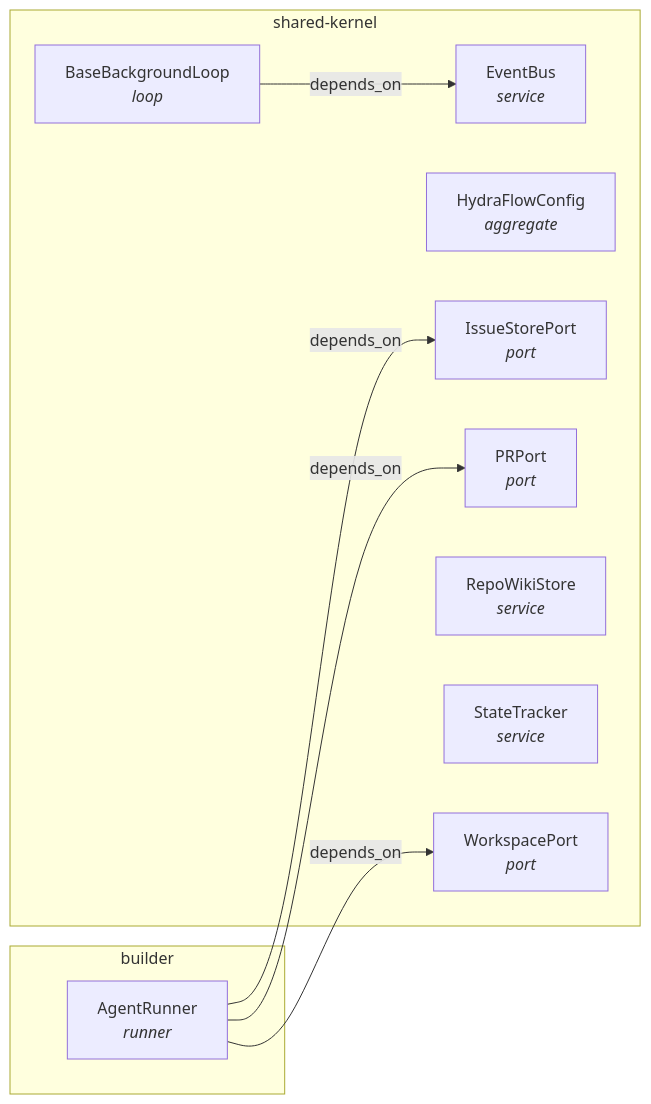
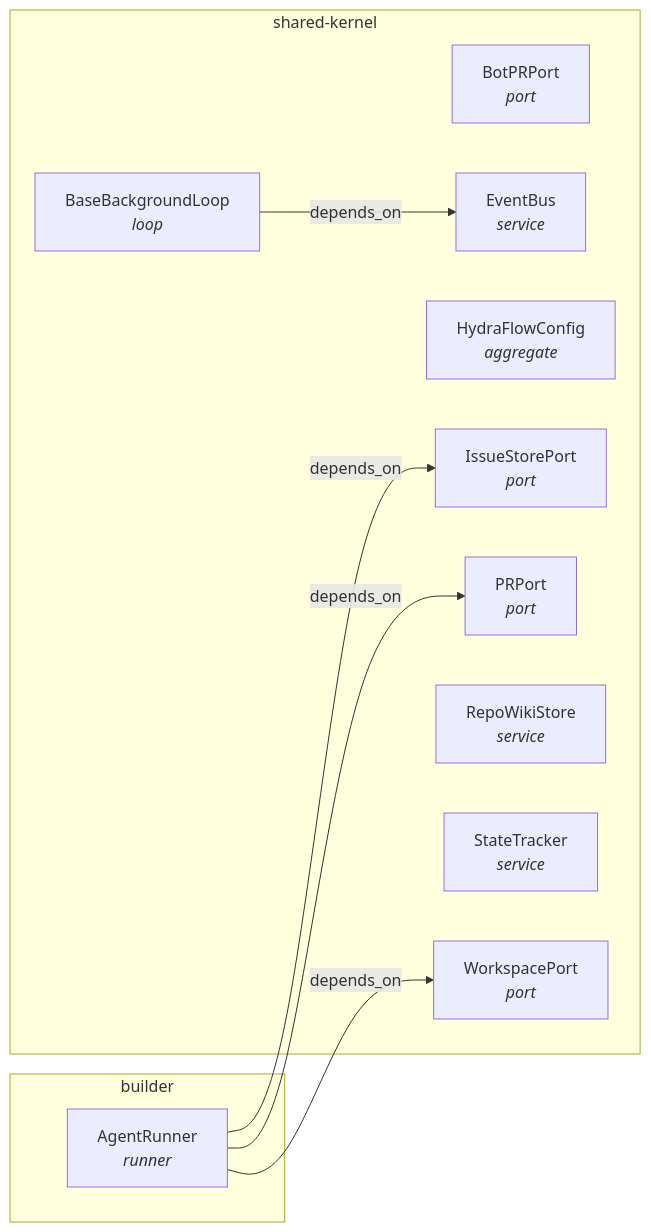
The diagram in docs/arch/generated/ubiquitous-language-context-map.md (T-rav/hyrdaflow), drawn with Mermaid before and after one commit. The commit also changed 36 other files, not shown here.

````diff
--- a/docs/arch/generated/ubiquitous-language-context-map.md
+++ b/docs/arch/generated/ubiquitous-language-context-map.md
@@ -5,20 +5,21 @@
 ```mermaid
 graph LR
   subgraph builder
     AgentRunner["AgentRunner<br/><i>runner</i>"]
   end
   subgraph shared-kernel
     BaseBackgroundLoop["BaseBackgroundLoop<br/><i>loop</i>"]
+    BotPRPort["BotPRPort<br/><i>port</i>"]
     EventBus["EventBus<br/><i>service</i>"]
     HydraFlowConfig["HydraFlowConfig<br/><i>aggregate</i>"]
     IssueStorePort["IssueStorePort<br/><i>port</i>"]
     PRPort["PRPort<br/><i>port</i>"]
     RepoWikiStore["RepoWikiStore<br/><i>service</i>"]
     StateTracker["StateTracker<br/><i>service</i>"]
     WorkspacePort["WorkspacePort<br/><i>port</i>"]
   end
   AgentRunner -->|depends_on| PRPort
   AgentRunner -->|depends_on| WorkspacePort
   AgentRunner -->|depends_on| IssueStorePort
   BaseBackgroundLoop -->|depends_on| EventBus
 ```
````
